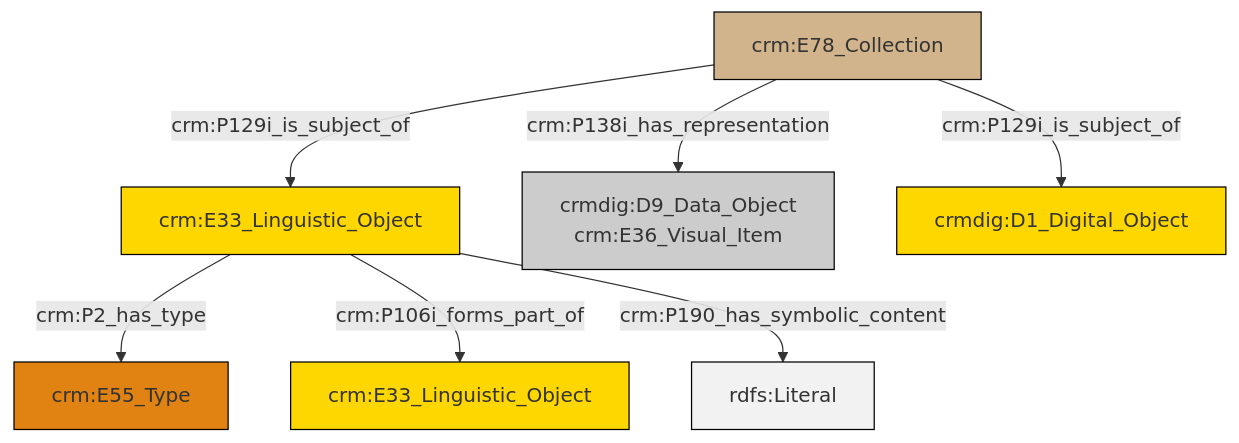
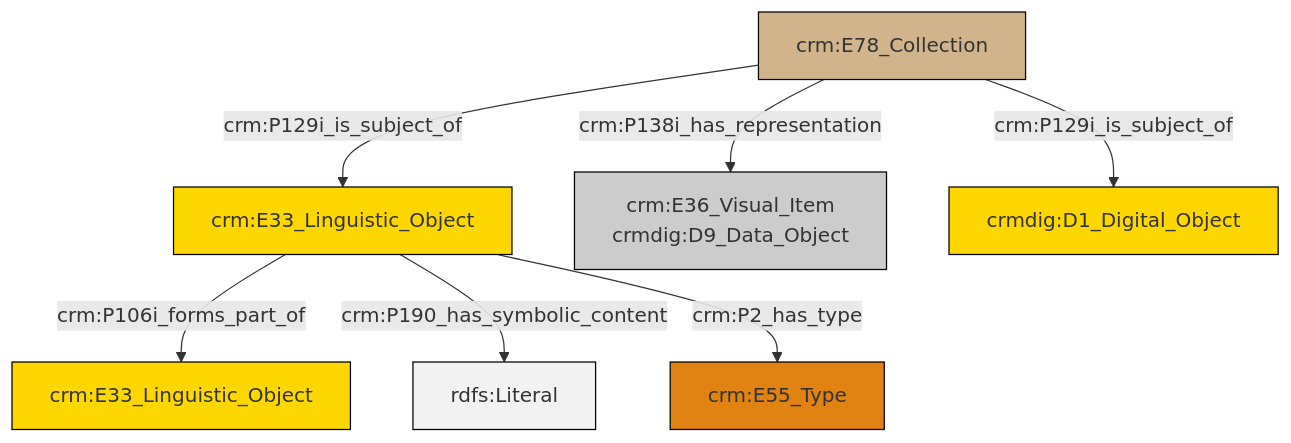
One commit to swiss-art-research-net/docs.swissartresearch changed the diagram in et/archivalCSV/ttl/mmd/archival_docs.ttl.mmd. Above: the diagram before and after it, drawn with Mermaid. The commit also changed 170 other files, not shown here.

```diff
--- a/et/archivalCSV/ttl/mmd/archival_docs.ttl.mmd
+++ b/et/archivalCSV/ttl/mmd/archival_docs.ttl.mmd
@@ -1,21 +1,21 @@
 graph TD
 classDef Literal fill:#f2f2f2,stroke:#000000;
 classDef CRM_Entity fill:#FFFFFF,stroke:#000000;
 classDef Temporal_Entity fill:#00C9E6, stroke:#000000;
 classDef Type fill:#E18312, stroke:#000000;
 classDef Time-Span fill:#2C9C91, stroke:#000000;
 classDef Appellation fill:#FFEB7F, stroke:#000000;
 classDef Place fill:#008836, stroke:#000000;
 classDef Persistent_Item fill:#B266B2, stroke:#000000;
 classDef Conceptual_Object fill:#FFD700, stroke:#000000;
 classDef Physical_Thing fill:#D2B48C, stroke:#000000;
 classDef Actor fill:#f58aad, stroke:#000000;
 classDef PC_Classes fill:#4ce600, stroke:#000000;
 classDef Multi fill:#cccccc,stroke:#000000;
 
-0["crm:E33_Linguistic_Object"]:::Conceptual_Object -->|crm:P2_has_type| 2["crm:E55_Type"]:::Type
-6["crm:E78_Collection"]:::Physical_Thing -->|crm:P138i_has_representation| 4["crmdig:D9_Data_Object<br>crm:E36_Visual_Item"]:::Multi
-6["crm:E78_Collection"]:::Physical_Thing -->|crm:P129i_is_subject_of| 0["crm:E33_Linguistic_Object"]:::Conceptual_Object
-0["crm:E33_Linguistic_Object"]:::Conceptual_Object -->|crm:P106i_forms_part_of| 7["crm:E33_Linguistic_Object"]:::Conceptual_Object
-0["crm:E33_Linguistic_Object"]:::Conceptual_Object -->|crm:P190_has_symbolic_content| 9[rdfs:Literal]:::Literal
-6["crm:E78_Collection"]:::Physical_Thing -->|crm:P129i_is_subject_of| 13["crmdig:D1_Digital_Object"]:::Conceptual_Object
+2["crm:E33_Linguistic_Object"]:::Conceptual_Object -->|crm:P106i_forms_part_of| 3["crm:E33_Linguistic_Object"]:::Conceptual_Object
+2["crm:E33_Linguistic_Object"]:::Conceptual_Object -->|crm:P190_has_symbolic_content| 8[rdfs:Literal]:::Literal
+2["crm:E33_Linguistic_Object"]:::Conceptual_Object -->|crm:P2_has_type| 0["crm:E55_Type"]:::Type
+9["crm:E78_Collection"]:::Physical_Thing -->|crm:P129i_is_subject_of| 2["crm:E33_Linguistic_Object"]:::Conceptual_Object
+9["crm:E78_Collection"]:::Physical_Thing -->|crm:P138i_has_representation| 5["crm:E36_Visual_Item<br>crmdig:D9_Data_Object"]:::Multi
+9["crm:E78_Collection"]:::Physical_Thing -->|crm:P129i_is_subject_of| 11["crmdig:D1_Digital_Object"]:::Conceptual_Object
```
